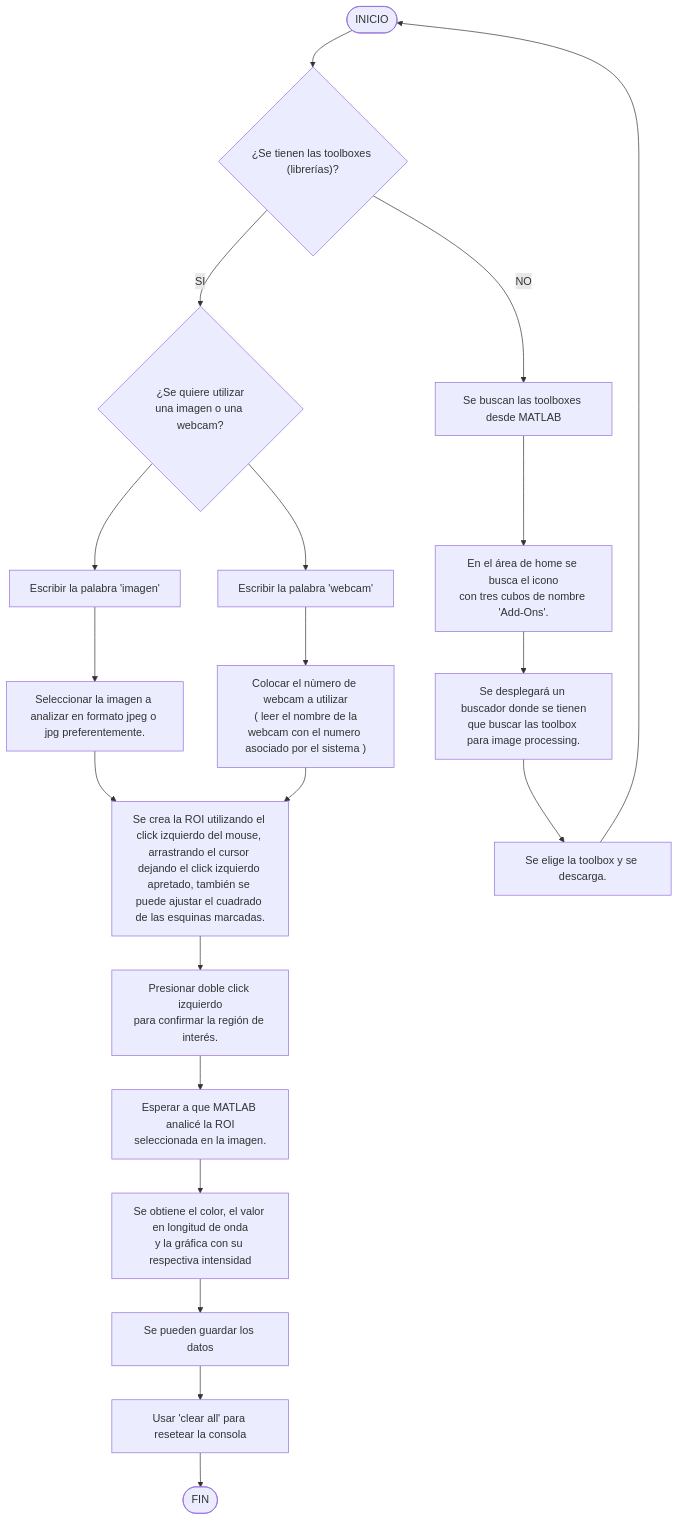
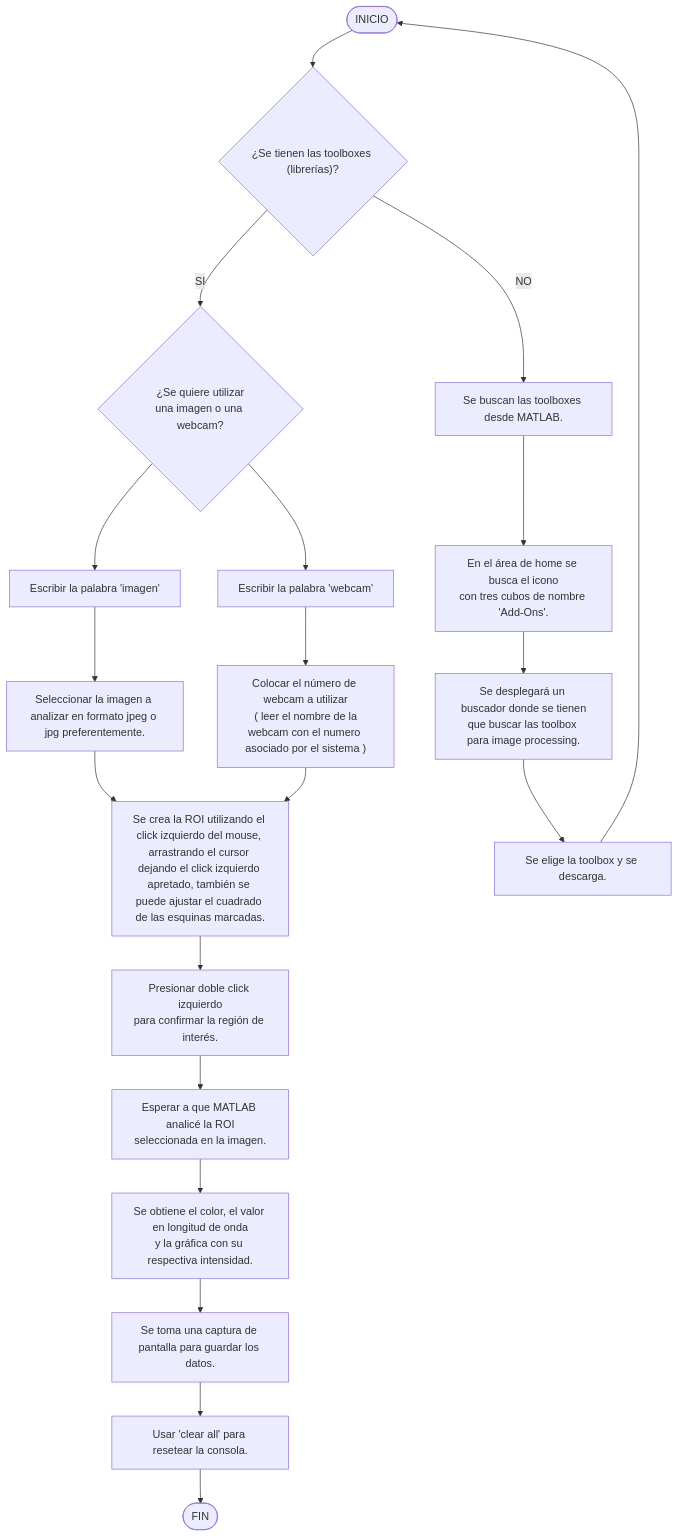
Before and after one commit to YaelDan8/Proyecto-de-Flurimetro-casero: the diagram in README.md, drawn with Mermaid. The commit also changed other lines of this file, not shown here.

````diff
--- a/README.md
+++ b/README.md
@@ -8,54 +11,54 @@
 ```mermaid
 flowchart TD
   Start([INICIO]);
 
   A1[Escribir la palabra 'imagen'];
   A2[Seleccionar la imagen a analizar en formato jpeg o jpg preferentemente.];
   A3[Presionar doble click izquierdo\npara confirmar la región de interés.];
 
   B1{¿Se tienen las toolboxes &#40librerías&#41?};
-  B2[Se buscan las toolboxes desde MATLAB];
+  B2[Se buscan las toolboxes desde MATLAB.];
   B3[En el área de home se busca el icono\ncon tres cubos de nombre 'Add-Ons'.];
   B4[Se desplegará un buscador donde se tienen\nque buscar las toolbox para image processing.];
   B5[Se elige la toolbox y se descarga.];
 
   C1{¿Se quiere utilizar\nuna imagen o una webcam?};
 
   D1[Se crea la ROI utilizando el click izquierdo del mouse, arrastrando el cursor dejando el click izquierdo apretado, también se puede ajustar el cuadrado de las esquinas marcadas.]
   D2[Esperar a que MATLAB analicé la ROI\nseleccionada en la imagen.];
 
   E1[Escribir la palabra 'webcam'];
-  E2[Colocar el nùmero de webcam a utilizar\n &#40 leer el nombre de la webcam con el numero asociado por el sistema &#41];
+  E2[Colocar el número de webcam a utilizar\n &#40 leer el nombre de la webcam con el numero asociado por el sistema &#41];
 
-  F1[Se pueden guardar los datos];
-  F2[Usar 'clear all' para resetear la consola];
+  F1[Se toma una captura de pantalla para guardar los datos.];
+  F2[Usar 'clear all' para resetear la consola.];
 
-  G[Se obtiene el color, el valor en longitud de onda\ny la gráfica con su respectiva intensidad];
+  G[Se obtiene el color, el valor en longitud de onda\ny la gráfica con su respectiva intensidad.];
 
   End([FIN]);
 
   %% Flujo
   Start -->  B1 -->|SI| C1;
   B1 -->|NO| B2;
   B2 --> B3;
   B3 --> B4;
   B4 --> B5;
   B5 --> Start;
   
   C1 --> A1;
   C1 --> E1;
   
   A1 --> A2;
   E1 --> E2;
 
   A2 --> D1;
   E2 --> D1;
   D1 --> A3;
 
   A3 --> D2;
   D2 --> G;
   G --> F1;
   F1 --> F2;
 
   F2 --> End;
 ```
````
